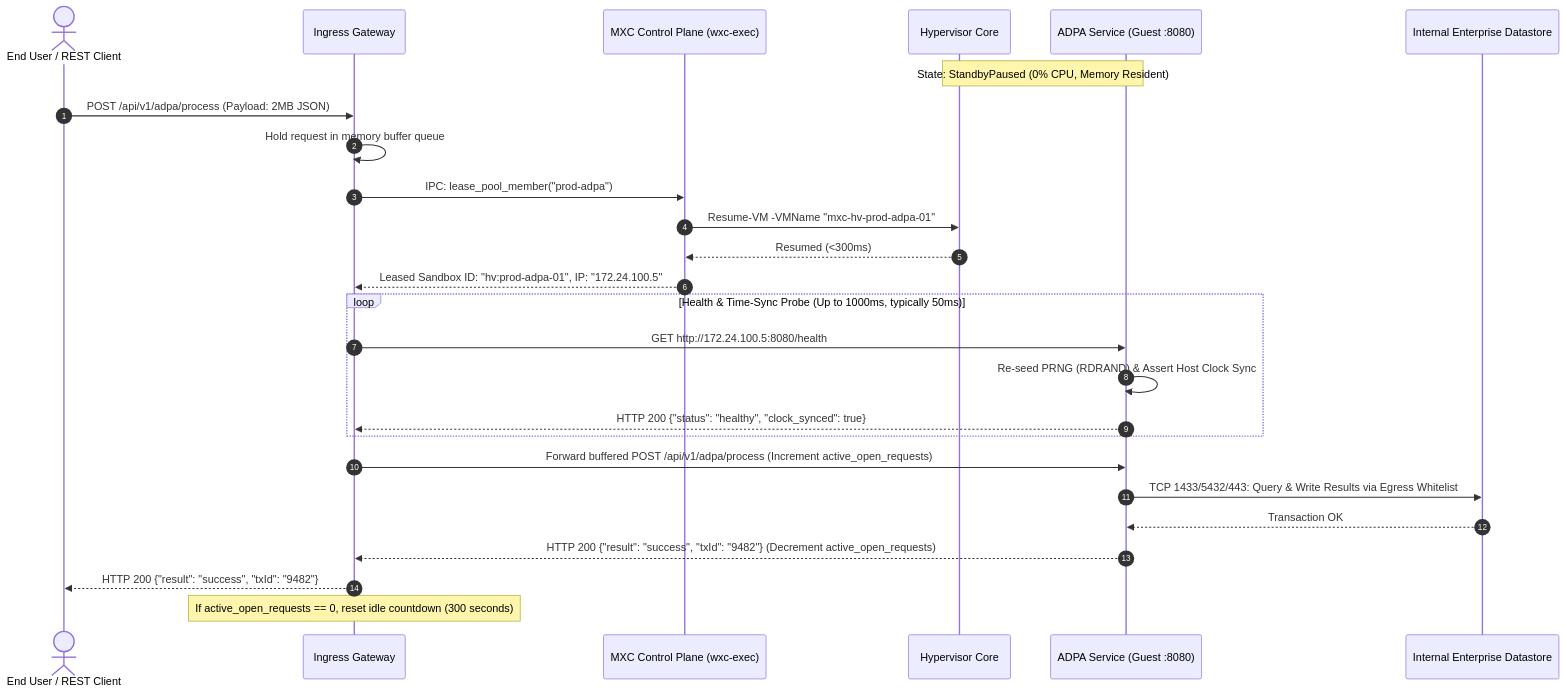
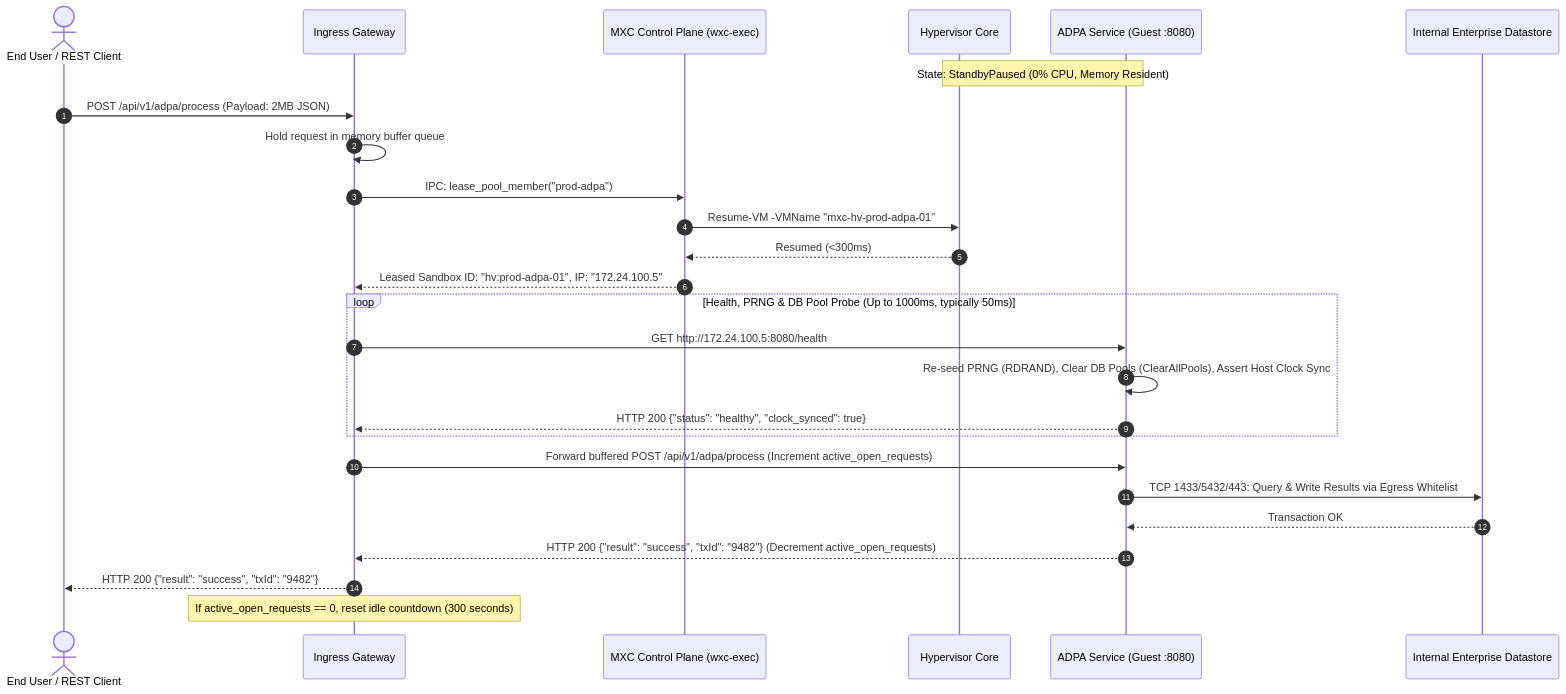
The second of 2 diagrams in docs/hyperv/architecture/FDD.md (mdresch/mxc), drawn with Mermaid before and after one commit. The commit also changed other lines of this file and 11 other files, not shown here.

````diff
--- a/docs/hyperv/architecture/FDD.md
+++ b/docs/hyperv/architecture/FDD.md
@@ -130,29 +136,29 @@
 ```mermaid
 sequenceDiagram
     autonumber
     actor Client as End User / REST Client
     participant Proxy as Ingress Gateway
     participant MXC as MXC Control Plane (wxc-exec)
     participant HyperV as Hypervisor Core
     participant Guest as ADPA Service (Guest :8080)
     participant DB as Internal Enterprise Datastore
 
     Note over HyperV,Guest: State: StandbyPaused (0% CPU, Memory Resident)
     Client->>Proxy: POST /api/v1/adpa/process (Payload: 2MB JSON)
     Proxy->>Proxy: Hold request in memory buffer queue
     Proxy->>MXC: IPC: lease_pool_member("prod-adpa")
     MXC->>HyperV: Resume-VM -VMName "mxc-hv-prod-adpa-01"
     HyperV-->>MXC: Resumed (<300ms)
     MXC-->>Proxy: Leased Sandbox ID: "hv:prod-adpa-01", IP: "172.24.100.5"
-    loop Health & Time-Sync Probe (Up to 1000ms, typically 50ms)
+    loop Health, PRNG & DB Pool Probe (Up to 1000ms, typically 50ms)
         Proxy->>Guest: GET http://172.24.100.5:8080/health
-        Guest->>Guest: Re-seed PRNG (RDRAND) & Assert Host Clock Sync
+        Guest->>Guest: Re-seed PRNG (RDRAND), Clear DB Pools (ClearAllPools), Assert Host Clock Sync
         Guest-->>Proxy: HTTP 200 {"status": "healthy", "clock_synced": true}
     end
     Proxy->>Guest: Forward buffered POST /api/v1/adpa/process (Increment active_open_requests)
     Guest->>DB: TCP 1433/5432/443: Query & Write Results via Egress Whitelist
     DB-->>Guest: Transaction OK
     Guest-->>Proxy: HTTP 200 {"result": "success", "txId": "9482"} (Decrement active_open_requests)
     Proxy-->>Client: HTTP 200 {"result": "success", "txId": "9482"}
     Note over Proxy: If active_open_requests == 0, reset idle countdown (300 seconds)
 ```
````
